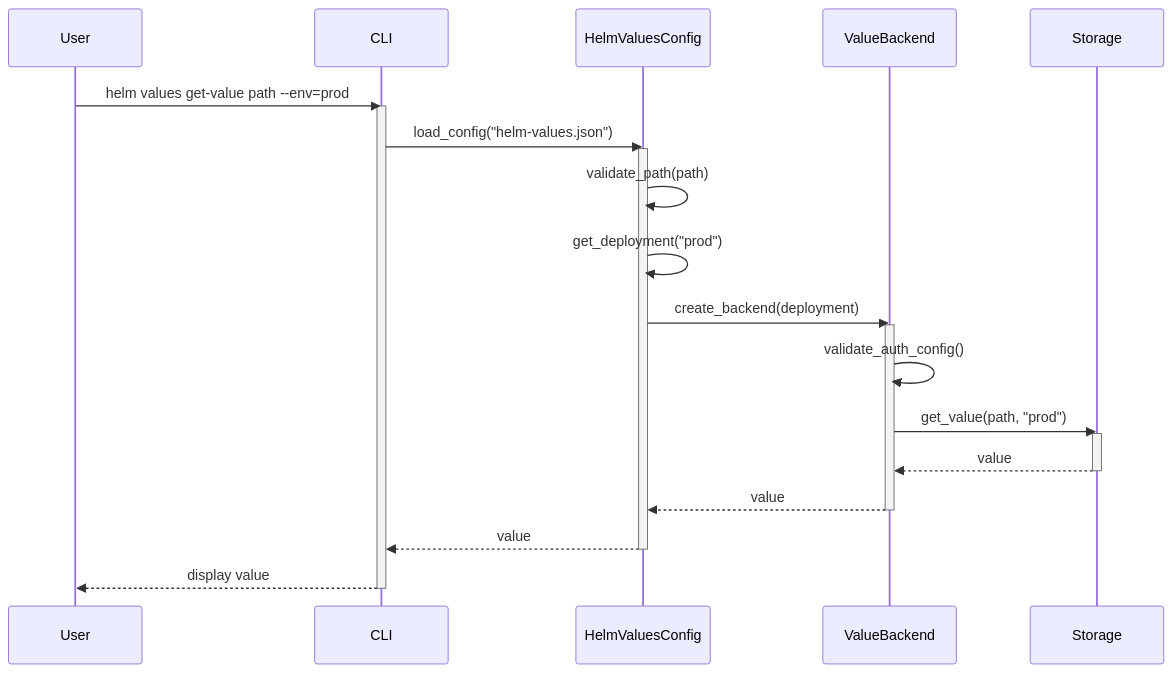
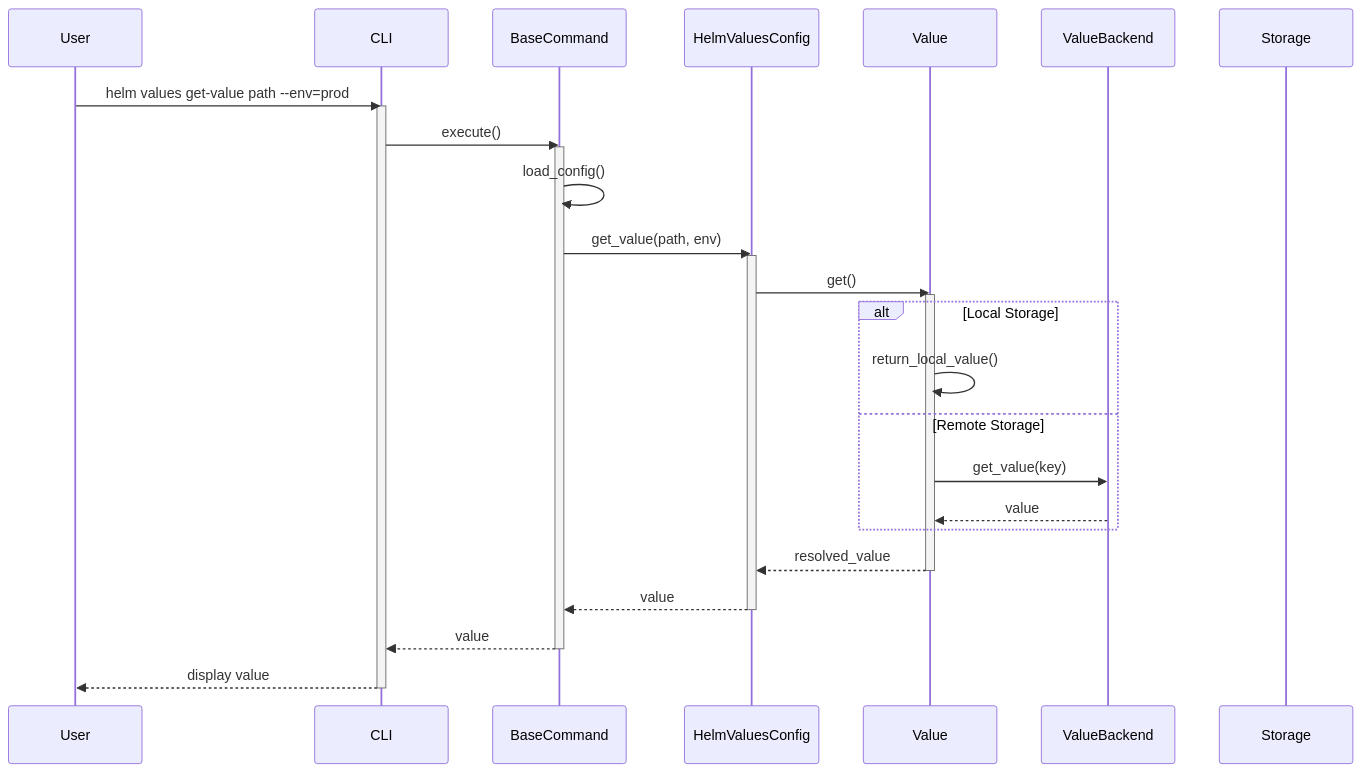
Before and after one commit to Zipstack/helm-values-manager: the fifth of 12 diagrams in docs/Design/sequence-diagrams.md, drawn with Mermaid. The commit also changed other lines of this file and 16 other files, not shown here.

````diff
--- a/docs/Design/sequence-diagrams.md
+++ b/docs/Design/sequence-diagrams.md
@@ -118,35 +189,42 @@
 ```mermaid
 sequenceDiagram
     participant User
     participant CLI
+    participant BaseCommand
     participant HelmValuesConfig
+    participant Value
     participant ValueBackend
     participant Storage
 
     User->>CLI: helm values get-value path --env=prod
     activate CLI
 
-    CLI->>HelmValuesConfig: load_config("helm-values.json")
+    CLI->>BaseCommand: execute()
+    activate BaseCommand
+
+    BaseCommand->>BaseCommand: load_config()
+    BaseCommand->>HelmValuesConfig: get_value(path, env)
     activate HelmValuesConfig
 
-    HelmValuesConfig->>HelmValuesConfig: validate_path(path)
-    HelmValuesConfig->>HelmValuesConfig: get_deployment("prod")
+    HelmValuesConfig->>Value: get()
+    activate Value
 
-    HelmValuesConfig->>ValueBackend: create_backend(deployment)
-    activate ValueBackend
-    ValueBackend->>ValueBackend: validate_auth_config()
+    alt Local Storage
+        Value->>Value: return_local_value()
+    else Remote Storage
+        Value->>ValueBackend: get_value(key)
+        ValueBackend-->>Value: value
+    end
 
-    ValueBackend->>Storage: get_value(path, "prod")
-    activate Storage
-    Storage-->>ValueBackend: value
-    deactivate Storage
+    Value-->>HelmValuesConfig: resolved_value
+    deactivate Value
 
-    ValueBackend-->>HelmValuesConfig: value
-    deactivate ValueBackend
+    HelmValuesConfig-->>BaseCommand: value
+    deactivate HelmValuesConfig
 
-    HelmValuesConfig-->>CLI: value
-    deactivate HelmValuesConfig
+    BaseCommand-->>CLI: value
+    deactivate BaseCommand
 
     CLI-->>User: display value
     deactivate CLI
 ```
````
